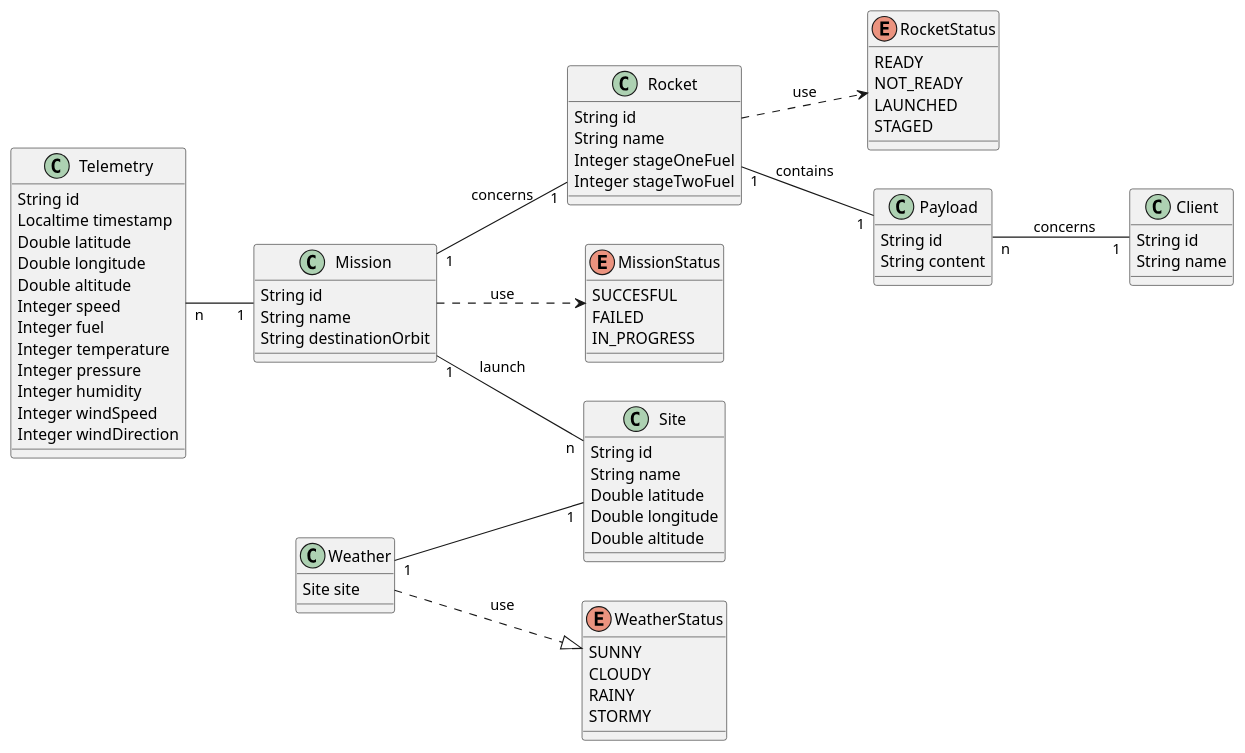
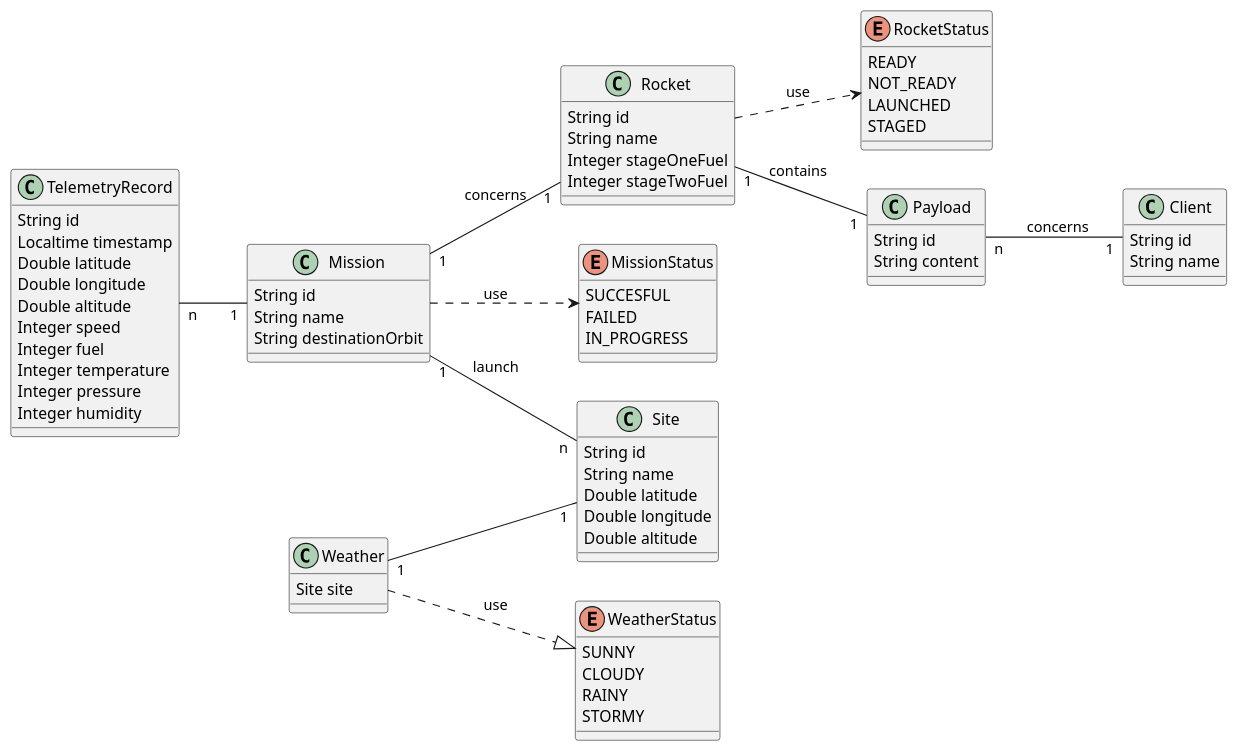
Before and after one commit to ImeneYAHIAOUI/MARS-Y: the diagram in docs/class-diagram.wsd, drawn with PlantUML. The commit also changed 76 other files, not shown here.

```diff
--- a/docs/class-diagram.wsd
+++ b/docs/class-diagram.wsd
@@ -1,86 +1,84 @@
 @startuml
 left to right direction
 
-class Telemetry {
+class TelemetryRecord {
     String id
     Localtime timestamp
     Double latitude
     Double longitude
     Double altitude 
     Integer speed 
     Integer fuel 
     Integer temperature
     Integer pressure
     Integer humidity
-    Integer windSpeed
-    Integer windDirection
 }
 
 enum RocketStatus {
     READY
     NOT_READY
     LAUNCHED
     STAGED
 }
 
 class Rocket {
     String id
     String name
     Integer stageOneFuel
     Integer stageTwoFuel
 }
 
 class Payload {
     String id 
     String content
 } 
 
 class Mission {
     String id 
     String name 
     String destinationOrbit
 }
 
 enum MissionStatus {
     SUCCESFUL
     FAILED
     IN_PROGRESS
 }
 
 class Site {
     String id
     String name
     Double latitude
     Double longitude
     Double altitude
 }
 Enum WeatherStatus {
     SUNNY
     CLOUDY
     RAINY
     STORMY
 }
 
 class Weather {
     Site site
 }
 
 Weather ..|> WeatherStatus : use
 Weather "1"--"1" Site
 
 class Client {
     String id 
     String name 
 }
 
 Rocket ..> RocketStatus : use
 Rocket "1"--"1" Payload : contains
 Payload "n"--"1" Client : concerns
 Mission "1"--"n" Site : launch
 Mission "1"--"1" Rocket : concerns
 Mission ..> MissionStatus : use
 
 
-Telemetry "n"--"1" Mission
+TelemetryRecord "n"--"1" Mission
 
 @enduml
```
